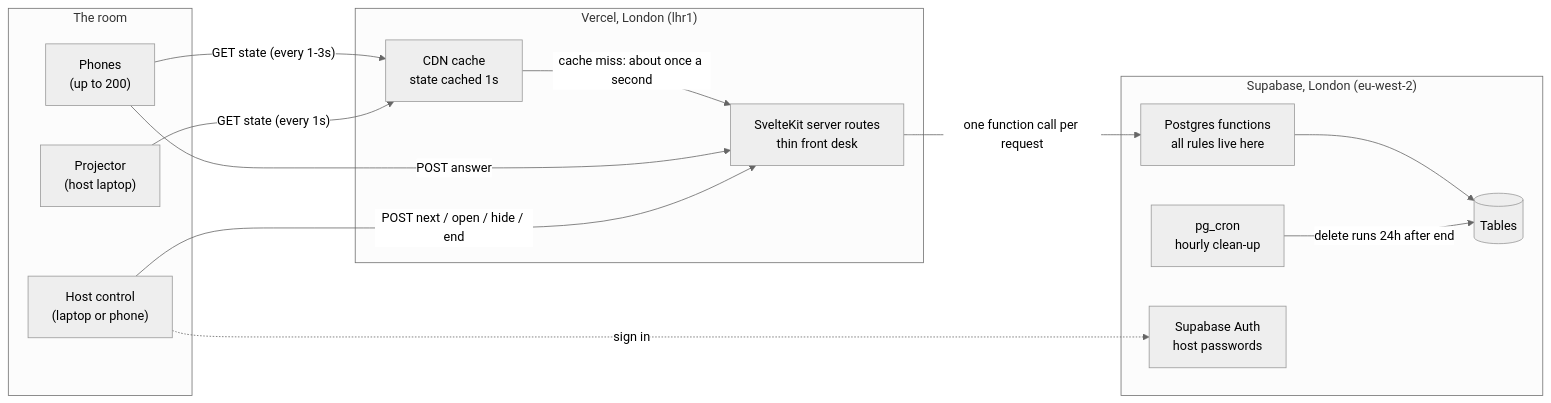
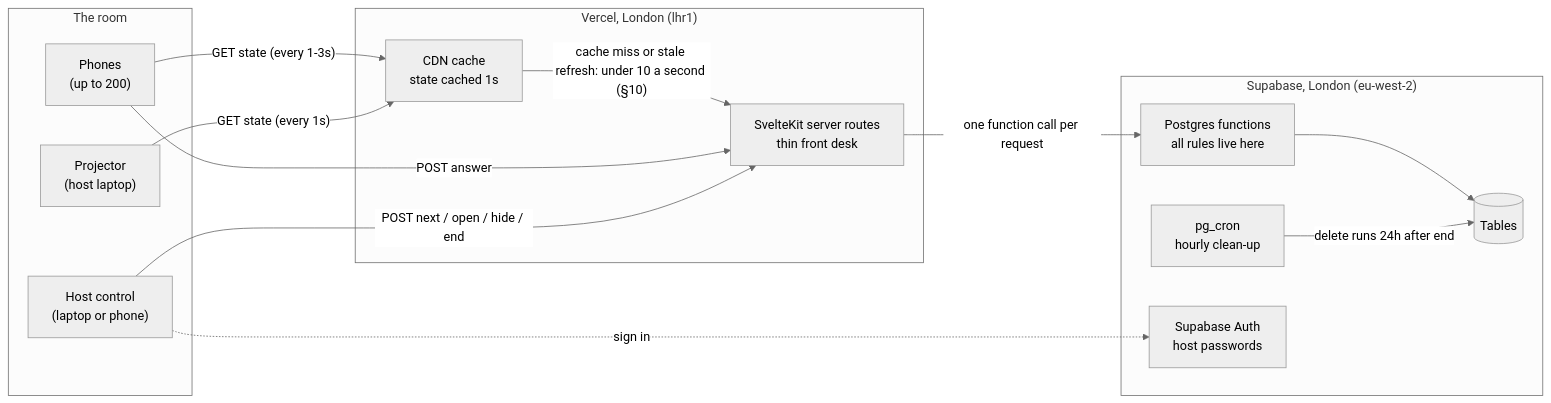
Before and after one commit to shahil1dn/volley: the first of 10 diagrams in docs/ARCHITECTURE.md, drawn with Mermaid (neutral theme). The commit also changed other lines of this file and 2 other files, not shown here.

````diff
--- a/docs/ARCHITECTURE.md
+++ b/docs/ARCHITECTURE.md
@@ -12,30 +12,30 @@
 ```mermaid
 flowchart LR
   subgraph Room["The room"]
     P["Phones<br/>(up to 200)"]
     PR["Projector<br/>(host laptop)"]
     HC["Host control<br/>(laptop or phone)"]
   end
 
   subgraph Vercel["Vercel, London (lhr1)"]
     CDN["CDN cache<br/>state cached 1s"]
     FN["SvelteKit server routes<br/>thin front desk"]
   end
 
   subgraph Supabase["Supabase, London (eu-west-2)"]
     RPC["Postgres functions<br/>all rules live here"]
     DB[("Tables")]
     CRON["pg_cron<br/>hourly clean-up"]
     AUTH["Supabase Auth<br/>host passwords"]
   end
 
   P -- "GET state (every 1-3s)" --> CDN
   PR -- "GET state (every 1s)" --> CDN
-  CDN -- "cache miss: about once a second" --> FN
+  CDN -- "cache miss or stale refresh: under 10 a second (§10)" --> FN
   P -- "POST answer" --> FN
   HC -- "POST next / open / hide / end" --> FN
   FN -- "one function call per request" --> RPC
   RPC --> DB
   CRON -- "delete runs 24h after end" --> DB
   HC -. "sign in" .-> AUTH
 ```
````
